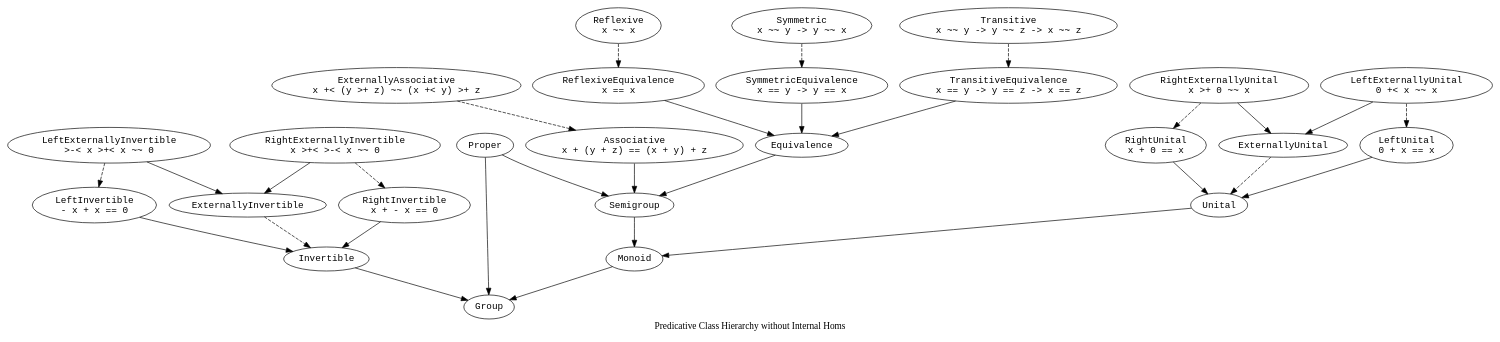
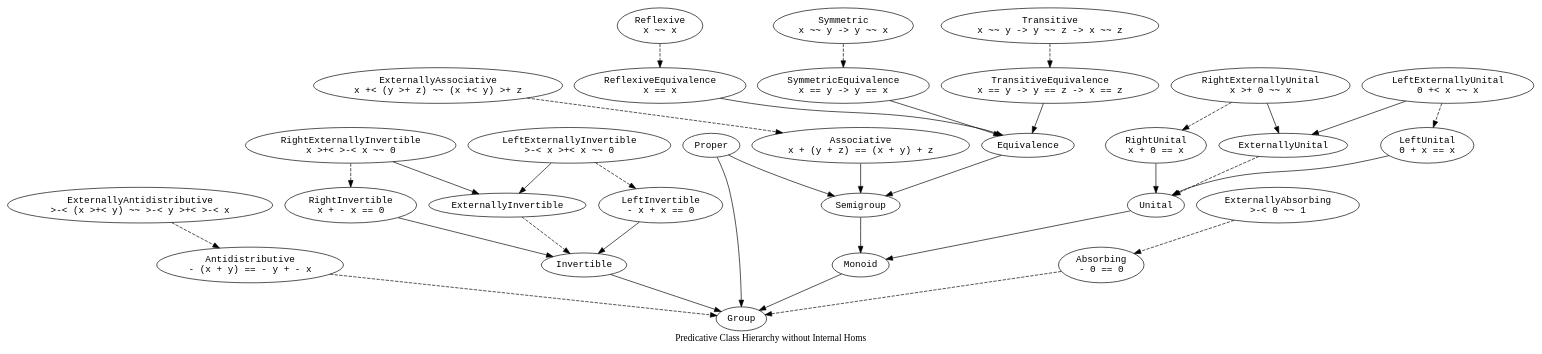
Before and after one commit to Tuplanolla/dez: the diagram in prototype/theories/is.dot, drawn with Graphviz. The commit also changed 23 other files, not shown here.

```diff
--- a/prototype/theories/is.dot
+++ b/prototype/theories/is.dot
@@ -1,66 +1,74 @@
 digraph Is {
   label = "Predicative Class Hierarchy without Internal Homs"
 
   node [fontname = monospace]
 
+  Absorb [label = "Absorbing\n- 0 == 0"]
+  Antidistr [label = "Antidistributive\n- (x + y) == - y + - x"]
   Assoc [label = "Associative\nx + (y + z) == (x + y) + z"]
   Eq [label = "Equivalence"]
+  ExtAbsorb [label = "ExternallyAbsorbing\n>-< 0 ~~ 1"]
+  ExtAntidistr [label = "ExternallyAntidistributive\n>-< (x >+< y) ~~ >-< y >+< >-< x"]
   ExtAssoc [label = "ExternallyAssociative\nx +< (y >+ z) ~~ (x +< y) >+ z"]
   ExtInv [label = "ExternallyInvertible"]
-  ExtUn [label = "ExternallyUnital"]
+  ExtUnl [label = "ExternallyUnital"]
   Grp [label = "Group"]
   Inv [label = "Invertible"]
   LExtInv [label = "LeftExternallyInvertible\n>-< x >+< x ~~ 0"]
-  LExtUn [label = "LeftExternallyUnital\n0 +< x ~~ x"]
+  LExtUnl [label = "LeftExternallyUnital\n0 +< x ~~ x"]
   LInv [label = "LeftInvertible\n- x + x == 0"]
-  LUn [label = "LeftUnital\n0 + x == x"]
+  LUnl [label = "LeftUnital\n0 + x == x"]
   Mon [label = "Monoid"]
   Proper [label = "Proper"]
   RExtInv [label = "RightExternallyInvertible\nx >+< >-< x ~~ 0"]
-  RExtUn [label = "RightExternallyUnital\nx >+ 0 ~~ x"]
+  RExtUnl [label = "RightExternallyUnital\nx >+ 0 ~~ x"]
   RInv [label = "RightInvertible\nx + - x == 0"]
-  RUn [label = "RightUnital\nx + 0 == x"]
+  RUnl [label = "RightUnital\nx + 0 == x"]
   Refl [label = "Reflexive\nx ~~ x"]
   ReflEq [label = "ReflexiveEquivalence\nx == x"]
   Sgrp [label = "Semigroup"]
   Sym [label = "Symmetric\nx ~~ y -> y ~~ x"]
   SymEq [label = "SymmetricEquivalence\nx == y -> y == x"]
   Trans [label = "Transitive\nx ~~ y -> y ~~ z -> x ~~ z"]
   TransEq [label = "TransitiveEquivalence\nx == y -> y == z -> x == z"]
-  Un [label = "Unital"]
+  Unl [label = "Unital"]
 
   edge [style = solid]
 
   Assoc -> Sgrp
   Eq -> Sgrp
   Inv -> Grp
   LExtInv -> ExtInv
-  LExtUn -> ExtUn
+  LExtUnl -> ExtUnl
   LInv -> Inv
-  LUn -> Un
+  LUnl -> Unl
   Mon -> Grp
   Proper -> Grp
   Proper -> Sgrp
   RExtInv -> ExtInv
-  RExtUn -> ExtUn
+  RExtUnl -> ExtUnl
   RInv -> Inv
-  RUn -> Un
+  RUnl -> Unl
   ReflEq -> Eq
   Sgrp -> Mon
   SymEq -> Eq
   TransEq -> Eq
-  Un -> Mon
+  Unl -> Mon
 
   edge [style = dashed]
 
+  Absorb -> Grp
+  Antidistr -> Grp
+  ExtAbsorb -> Absorb
+  ExtAntidistr -> Antidistr
   ExtAssoc -> Assoc
   ExtInv -> Inv
-  ExtUn -> Un
+  ExtUnl -> Unl
   LExtInv -> LInv
-  LExtUn -> LUn
+  LExtUnl -> LUnl
   RExtInv -> RInv
-  RExtUn -> RUn
+  RExtUnl -> RUnl
   Refl -> ReflEq
   Sym -> SymEq
   Trans -> TransEq
 }
```
